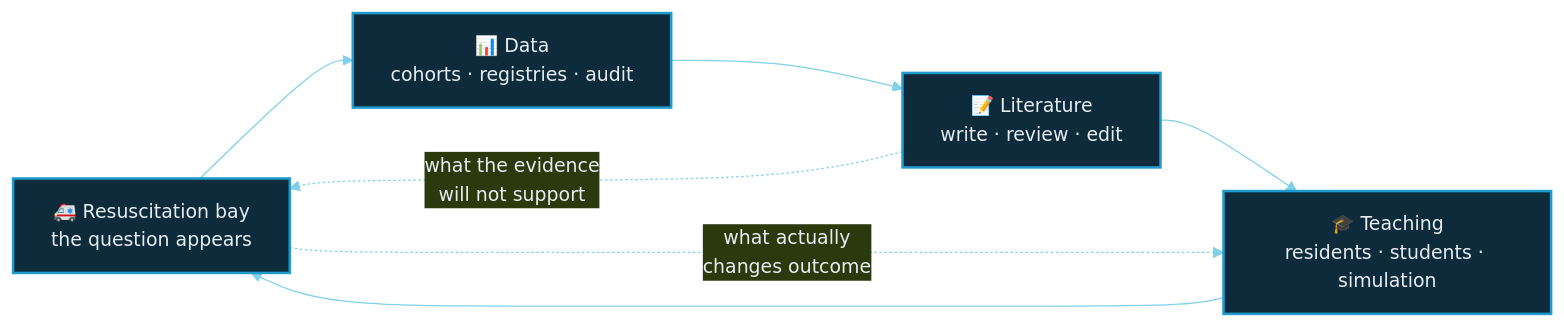
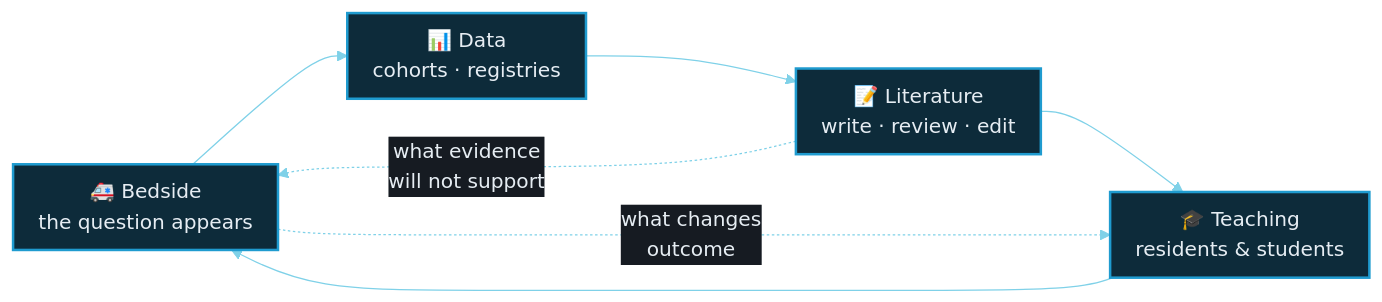
Before and after one commit to farukdanis/farukdanis: the diagram in README.md, drawn with Mermaid.

Commit message:
Fit the work-loop diagram to the page width

````diff
--- a/README.md
+++ b/README.md
@@ -118,16 +118,16 @@
 ```mermaid
-%%{init: {'theme':'base','themeVariables':{'primaryColor':'#0d2b3a','primaryTextColor':'#e6edf3','primaryBorderColor':'#1F9BCF','lineColor':'#7FD1E8','fontFamily':'Segoe UI, sans-serif','fontSize':'15px'}}}%%
+%%{init: {'theme':'base','themeVariables':{'primaryColor':'#0d2b3a','primaryTextColor':'#e6edf3','primaryBorderColor':'#1F9BCF','lineColor':'#7FD1E8','edgeLabelBackground':'#161b22','tertiaryColor':'#161b22','tertiaryTextColor':'#e6edf3','fontFamily':'Segoe UI, sans-serif','fontSize':'16px'},'flowchart':{'useMaxWidth':true,'curve':'basis','nodeSpacing':40,'rankSpacing':55,'padding':10}}}%%
 flowchart LR
-    A["🚑 Resuscitation bay<br/>the question appears"]
-    B["📊 Data<br/>cohorts · registries · audit"]
+    A["🚑 Bedside<br/>the question appears"]
+    B["📊 Data<br/>cohorts · registries"]
     C["📝 Literature<br/>write · review · edit"]
-    D["🎓 Teaching<br/>residents · students · simulation"]
+    D["🎓 Teaching<br/>residents & students"]
 
     A --> B --> C --> D --> A
 
-    A -.->|"what actually<br/>changes outcome"| D
-    C -.->|"what the evidence<br/>will not support"| A
+    A -.->|"what changes<br/>outcome"| D
+    C -.->|"what evidence<br/>will not support"| A
 
     classDef node fill:#0d2b3a,stroke:#1F9BCF,stroke-width:2px,color:#e6edf3;
     class A,B,C,D node;
 ```
````
